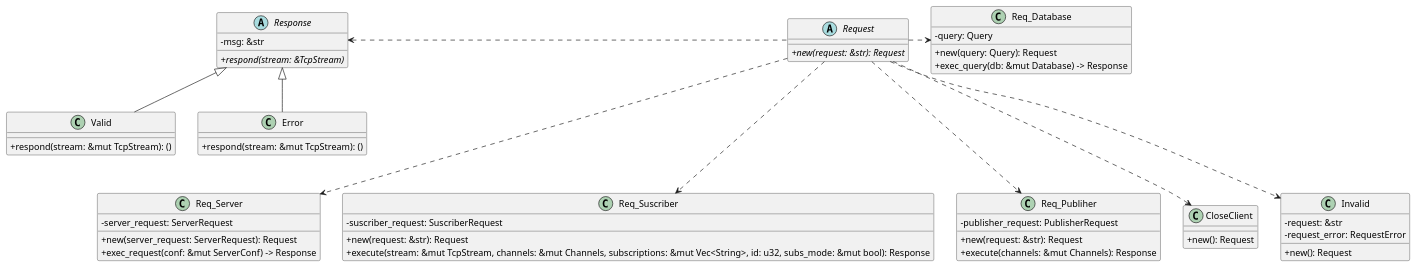
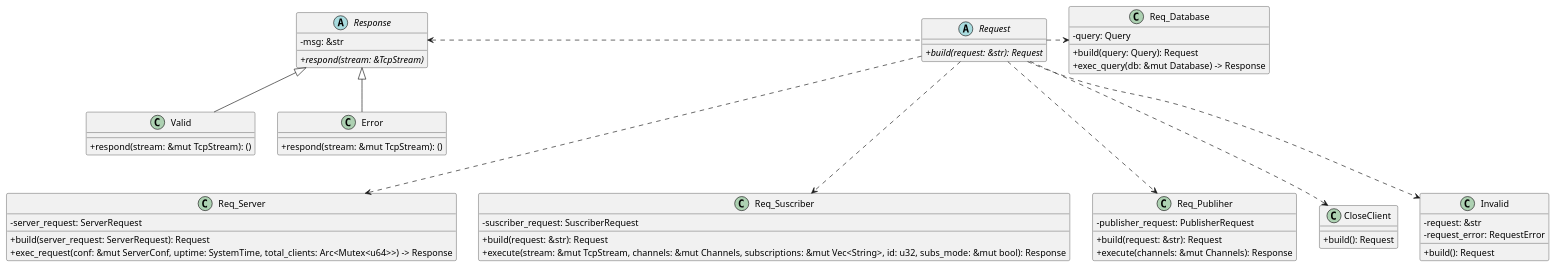
One commit to taller-1-fiuba-rust/21C1-OxidadosFC changed the diagram in src/Diagramas/types_of_requests.puml. Above: the diagram before and after it, drawn with PlantUML.

Commit message:
update types of Request

```diff
--- a/src/Diagramas/types_of_requests.puml
+++ b/src/Diagramas/types_of_requests.puml
@@ -1,72 +1,72 @@
 @startuml redis
 skinparam ClassAttributeIconSize 0
 hide interface fields
 
 abstract Response
 abstract Request
 
 abstract Class Request {
-    +{abstract}new(request: &str): Request
+    +{abstract}build(request: &str): Request
 }
 
 Class Req_Database{
     -query: Query
-    +new(query: Query): Request
+    +build(query: Query): Request
     +exec_query(db: &mut Database) -> Response
 }
 
 Class Req_Server{
     -server_request: ServerRequest
-    +new(server_request: ServerRequest): Request
-    +exec_request(conf: &mut ServerConf) -> Response
+    +build(server_request: ServerRequest): Request
+    +exec_request(conf: &mut ServerConf, uptime: SystemTime, total_clients: Arc<Mutex<u64>>) -> Response
 }
 
 Class Req_Suscriber{
     -suscriber_request: SuscriberRequest
-    +new(request: &str): Request
+    +build(request: &str): Request
     +execute(stream: &mut TcpStream, channels: &mut Channels, subscriptions: &mut Vec<String>, id: u32, subs_mode: &mut bool): Response
 }
 
 Class Req_Publiher{
     -publisher_request: PublisherRequest 
-    +new(request: &str): Request
+    +build(request: &str): Request
     +execute(channels: &mut Channels): Response
 }
 
 Class CloseClient{
-    +new(): Request
+    +build(): Request
 }
 
 Class Invalid{
     -request: &str 
     -request_error: RequestError
-    +new(): Request
+    +build(): Request
 }
 
 abstract Class Response {
     -msg: &str
     +{abstract}respond(stream: &TcpStream)
 }
 
 Class Valid{
     +respond(stream: &mut TcpStream): ()
 }
 
 Class Error{
     +respond(stream: &mut TcpStream): ()
 }
 
 Request .left.> Response
 
 Request -.right-> Req_Database
 Request -.-> Req_Server
 Request -.-> Req_Suscriber
 Request -.-> Req_Publiher
 Request -.-> CloseClient
 Request -.-> Invalid
 
 Response <|-- Valid
 Response <|-- Error
 
 
 @enduml
```
